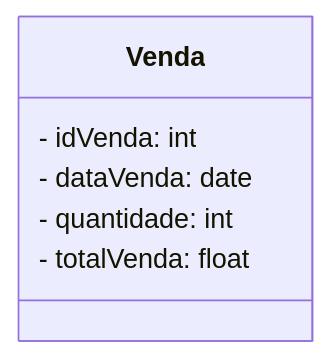
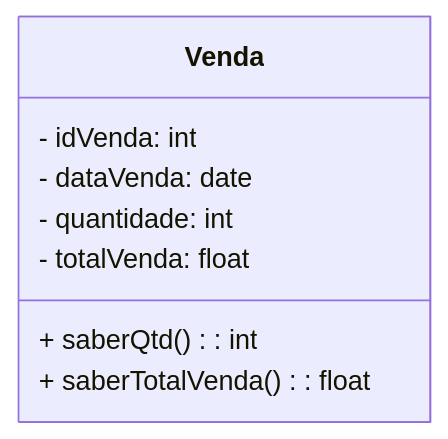
One commit to MTECHDevelopment/poojavaceub-grupo-3 changed the diagram in Venda.md. Above: the diagram before and after it, drawn with Mermaid.

Commit message:
Adicionando métodos saberQtd e saberTotalVenda à classe Venda

````diff
--- a/Venda.md
+++ b/Venda.md
@@ -1,9 +1,11 @@
 ```mermaid
 classDiagram
    class Venda {
       - idVenda: int
       - dataVenda: date
       - quantidade: int
       - totalVenda: float
+      + saberQtd(): int
+      + saberTotalVenda(): float
 }
 ```
````
